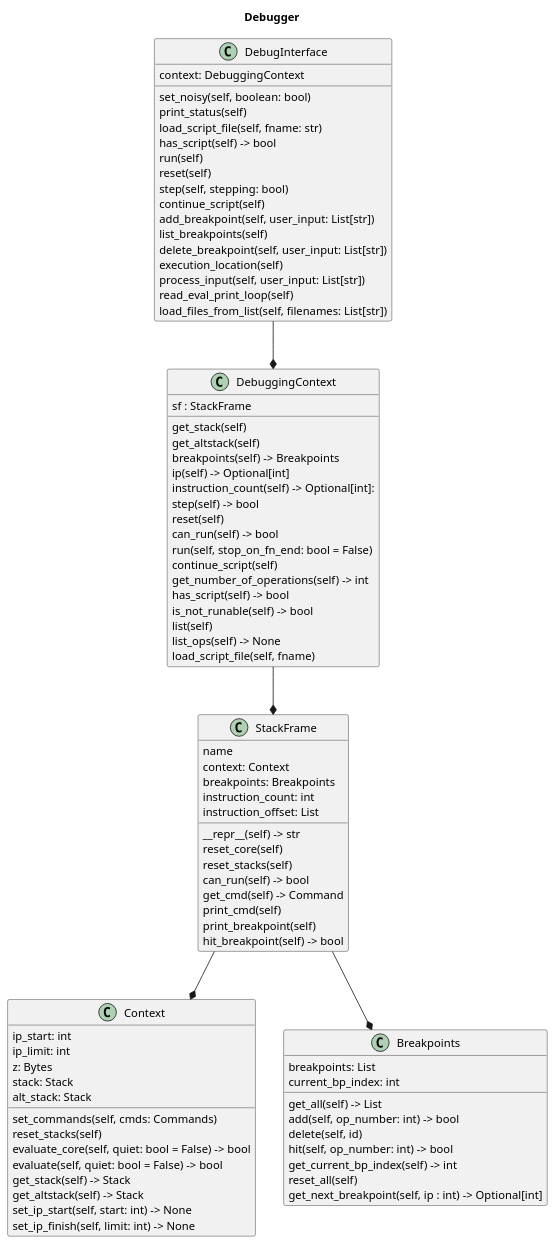
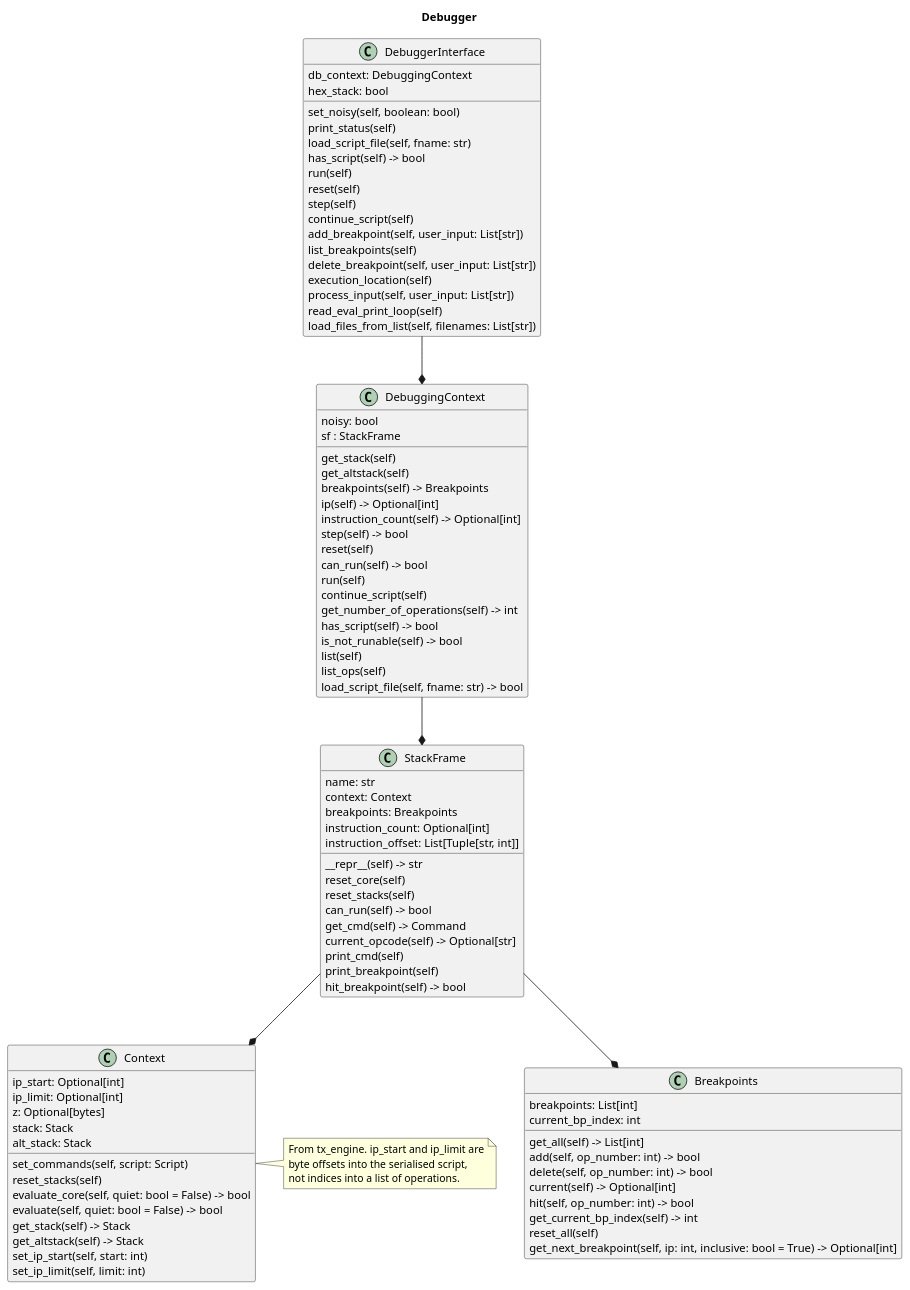
The diagram in docs/diagrams/debugger.puml (nchain-innovation/script_debugger), drawn with PlantUML before and after one commit. The commit also changed 2 other files, not shown here.

Commit message:
docs: correct the READMEs and bring the class diagram back in step
README: "debuuger", "Grammer", "Pleae", "penv", "To debugger includes",
"The build the container". Added the pyo3/CPython version constraint, the
missing `pip3 install -r requirements.txt`, and how to run the two test
suites.

examples/README.md listed 7 of the 15 example scripts. All 15 are now
described.

The class diagram had drifted from the code: the interface class is
DebuggerInterface not DebugInterface, its attribute is db_context not
context, step() and run() had parameters they do not take, and Context
listed set_ip_finish, which does not exist -- it is set_ip_limit. Added a
note that ip_start and ip_limit are byte offsets into the serialised script
rather than operation indices, which is the distinction most of the
breakpoint bugs came from.

```diff
--- a/docs/diagrams/debugger.puml
+++ b/docs/diagrams/debugger.puml
@@ -1,101 +1,111 @@
-@startuml debuuger
+@startuml debugger
 title Debugger
 
-class DebugInterface {
-    context: DebuggingContext
+class DebuggerInterface {
+    db_context: DebuggingContext
+    hex_stack: bool
 
     set_noisy(self, boolean: bool)
     print_status(self)
     load_script_file(self, fname: str)
     has_script(self) -> bool
     run(self)
     reset(self)
-    step(self, stepping: bool)
+    step(self)
     continue_script(self)
     add_breakpoint(self, user_input: List[str])
     list_breakpoints(self)
     delete_breakpoint(self, user_input: List[str])
     execution_location(self)
     process_input(self, user_input: List[str])
     read_eval_print_loop(self)
     load_files_from_list(self, filenames: List[str])
 }
 
 class DebuggingContext {
+    noisy: bool
     sf : StackFrame
 
     get_stack(self)
     get_altstack(self)
     breakpoints(self) -> Breakpoints
     ip(self) -> Optional[int]
-    instruction_count(self) -> Optional[int]:
+    instruction_count(self) -> Optional[int]
     step(self) -> bool
     reset(self)
     can_run(self) -> bool
-    run(self, stop_on_fn_end: bool = False)
+    run(self)
     continue_script(self)
     get_number_of_operations(self) -> int
     has_script(self) -> bool
     is_not_runable(self) -> bool
     list(self)
-    list_ops(self) -> None
-    load_script_file(self, fname)
+    list_ops(self)
+    load_script_file(self, fname: str) -> bool
 }
 
 
-DebugInterface -down-* DebuggingContext
+DebuggerInterface -down-* DebuggingContext
 
 class StackFrame {
-    name
+    name: str
     context: Context
     breakpoints: Breakpoints
-    instruction_count: int
-    instruction_offset: List
+    instruction_count: Optional[int]
+    instruction_offset: List[Tuple[str, int]]
 
     __repr__(self) -> str
     reset_core(self)
     reset_stacks(self)
     can_run(self) -> bool
     get_cmd(self) -> Command
+    current_opcode(self) -> Optional[str]
     print_cmd(self)
     print_breakpoint(self)
     hit_breakpoint(self) -> bool
 }
 
 DebuggingContext -down-* StackFrame
 
 
 class Context {
-    ip_start: int
-    ip_limit: int
-    z: Bytes
+    ip_start: Optional[int]
+    ip_limit: Optional[int]
+    z: Optional[bytes]
     stack: Stack
     alt_stack: Stack
 
-    set_commands(self, cmds: Commands)
+    set_commands(self, script: Script)
     reset_stacks(self)
     evaluate_core(self, quiet: bool = False) -> bool
     evaluate(self, quiet: bool = False) -> bool
     get_stack(self) -> Stack
     get_altstack(self) -> Stack
-    set_ip_start(self, start: int) -> None
-    set_ip_finish(self, limit: int) -> None
+    set_ip_start(self, start: int)
+    set_ip_limit(self, limit: int)
 }
 
+note right of Context
+  From tx_engine. ip_start and ip_limit are
+  byte offsets into the serialised script,
+  not indices into a list of operations.
+end note
+
 class Breakpoints {
-    breakpoints: List
+    breakpoints: List[int]
     current_bp_index: int
 
-    get_all(self) -> List
+    get_all(self) -> List[int]
     add(self, op_number: int) -> bool
-    delete(self, id)
+    delete(self, op_number: int) -> bool
+    current(self) -> Optional[int]
     hit(self, op_number: int) -> bool
     get_current_bp_index(self) -> int
     reset_all(self)
-    get_next_breakpoint(self, ip : int) -> Optional[int]
+    get_next_breakpoint(self, ip: int, inclusive: bool = True) -> Optional[int]
 }
 
 StackFrame -down-* Context
 StackFrame -down-* Breakpoints
 
 @enduml
```
